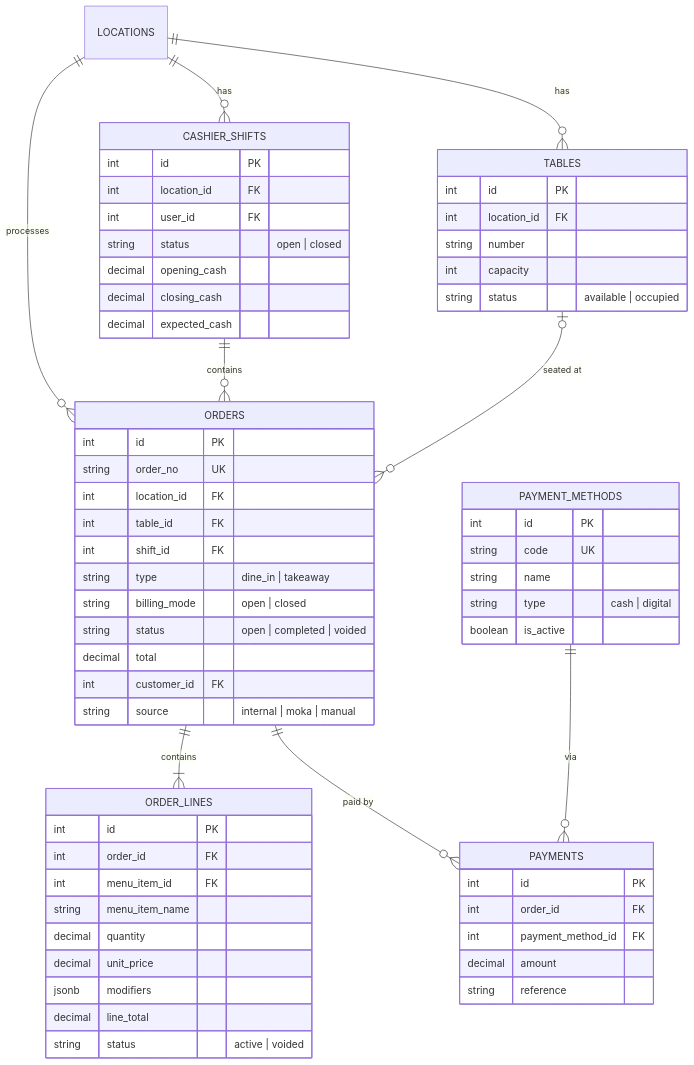
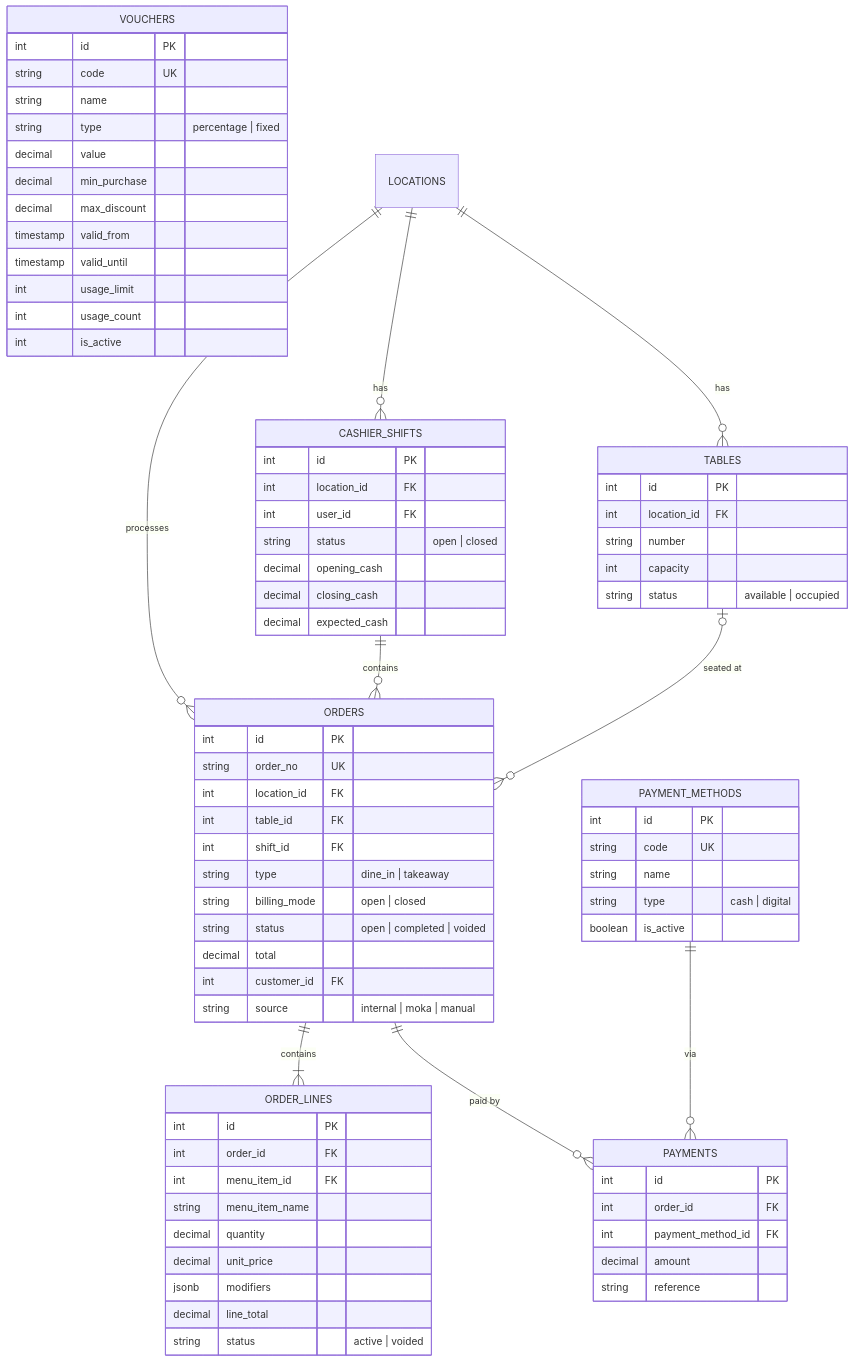
Before and after one commit to Ikki-Group/erp: the diagram in docs/database/erd/pos.md, drawn with Mermaid. The commit also changed other lines of this file and 11 other files, not shown here.

````diff
--- a/docs/database/erd/pos.md
+++ b/docs/database/erd/pos.md
@@ -7,66 +7,80 @@
 ```mermaid
 erDiagram
     ORDERS {
         int id PK
         string order_no UK
         int location_id FK
         int table_id FK
         int shift_id FK
         string type "dine_in | takeaway"
         string billing_mode "open | closed"
         string status "open | completed | voided"
         decimal total
         int customer_id FK
         string source "internal | moka | manual"
     }
     ORDER_LINES {
         int id PK
         int order_id FK
         int menu_item_id FK
         string menu_item_name
         decimal quantity
         decimal unit_price
         jsonb modifiers
         decimal line_total
         string status "active | voided"
     }
     PAYMENTS {
         int id PK
         int order_id FK
         int payment_method_id FK
         decimal amount
         string reference
     }
     PAYMENT_METHODS {
         int id PK
         string code UK
         string name
         string type "cash | digital"
         boolean is_active
     }
     CASHIER_SHIFTS {
         int id PK
         int location_id FK
         int user_id FK
         string status "open | closed"
         decimal opening_cash
         decimal closing_cash
         decimal expected_cash
     }
     TABLES {
         int id PK
         int location_id FK
         string number
         int capacity
         string status "available | occupied"
     }
+    VOUCHERS {
+        int id PK
+        string code UK
+        string name
+        string type "percentage | fixed"
+        decimal value
+        decimal min_purchase
+        decimal max_discount
+        timestamp valid_from
+        timestamp valid_until
+        int usage_limit
+        int usage_count
+        int is_active
+    }
 
     LOCATIONS ||--o{ ORDERS : "processes"
     LOCATIONS ||--o{ CASHIER_SHIFTS : "has"
     LOCATIONS ||--o{ TABLES : "has"
     CASHIER_SHIFTS ||--o{ ORDERS : "contains"
     TABLES |o--o{ ORDERS : "seated at"
     ORDERS ||--|{ ORDER_LINES : "contains"
     ORDERS ||--o{ PAYMENTS : "paid by"
     PAYMENT_METHODS ||--o{ PAYMENTS : "via"
 ```
````
